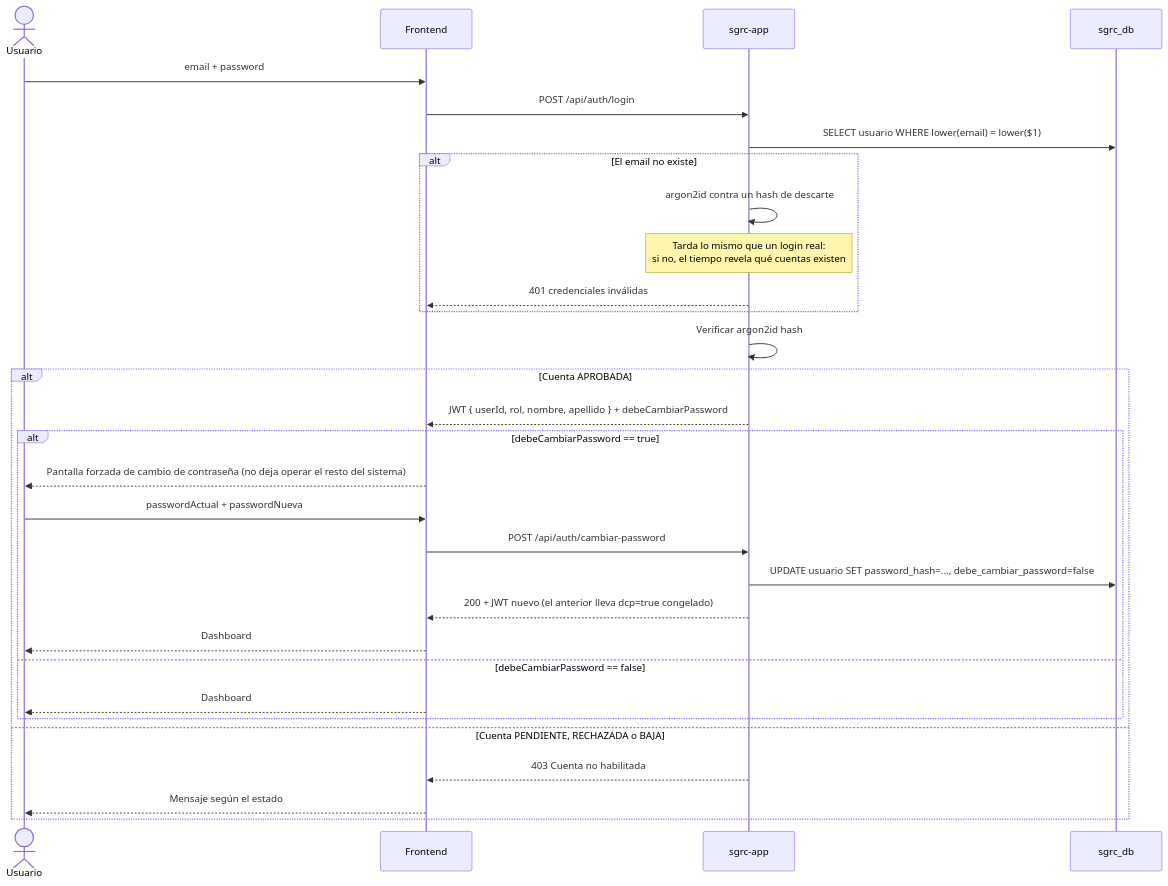
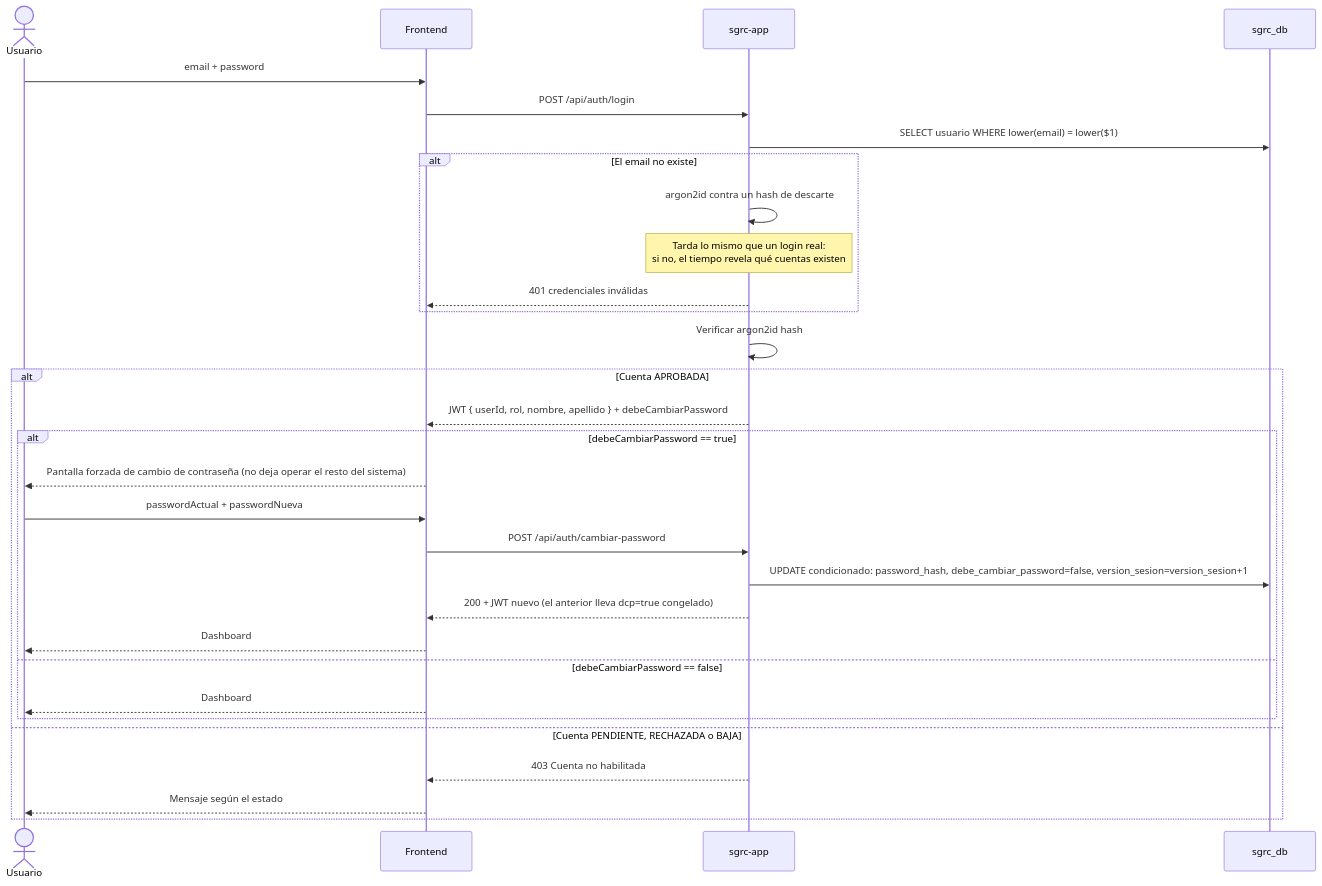
Before and after one commit to agustin-y2k/sgrc: the second of 15 diagrams in docs/04-diagramas-secuencia.md, drawn with Mermaid. The commit also changed other lines of this file and 14 other files, not shown here.

````diff
--- a/docs/04-diagramas-secuencia.md
+++ b/docs/04-diagramas-secuencia.md
@@ -48,33 +40,33 @@
 ```mermaid
 sequenceDiagram
     actor U as Usuario
     participant FE as Frontend
     participant APP as sgrc-app
     participant DB as sgrc_db
 
     U->>FE: email + password
     FE->>APP: POST /api/auth/login
     APP->>DB: SELECT usuario WHERE lower(email) = lower($1)
     alt El email no existe
         APP->>APP: argon2id contra un hash de descarte
         Note over APP: Tarda lo mismo que un login real:<br/>si no, el tiempo revela qué cuentas existen
         APP-->>FE: 401 credenciales inválidas
     end
     APP->>APP: Verificar argon2id hash
     alt Cuenta APROBADA
         APP-->>FE: JWT { userId, rol, nombre, apellido } + debeCambiarPassword
         alt debeCambiarPassword == true
             FE-->>U: Pantalla forzada de cambio de contraseña (no deja operar el resto del sistema)
             U->>FE: passwordActual + passwordNueva
             FE->>APP: POST /api/auth/cambiar-password
-            APP->>DB: UPDATE usuario SET password_hash=..., debe_cambiar_password=false
+            APP->>DB: UPDATE condicionado: password_hash, debe_cambiar_password=false, version_sesion=version_sesion+1
             APP-->>FE: 200 + JWT nuevo (el anterior lleva dcp=true congelado)
             FE-->>U: Dashboard
         else debeCambiarPassword == false
             FE-->>U: Dashboard
         end
     else Cuenta PENDIENTE, RECHAZADA o BAJA
         APP-->>FE: 403 Cuenta no habilitada
         FE-->>U: Mensaje según el estado
     end
 ```
````
